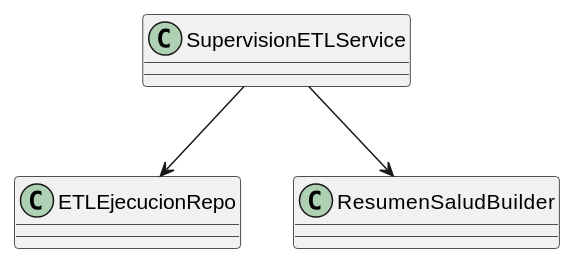
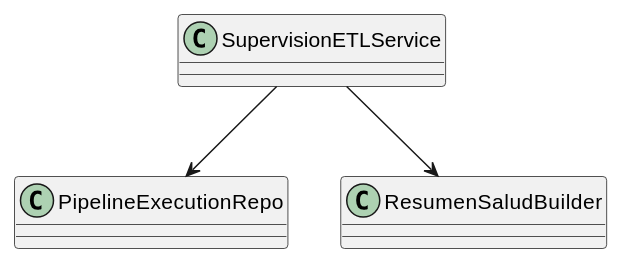
The diagram in source/requisitos/casos-uso/pipeline/uc-pip-01/diagramas-uml/clases.rst (jcg-admin/IACT-docs), drawn with PlantUML before and after one commit. The commit also changed 96 other files, not shown here.

```diff
--- a/source/requisitos/casos-uso/pipeline/uc-pip-01/diagramas-uml/clases.rst
+++ b/source/requisitos/casos-uso/pipeline/uc-pip-01/diagramas-uml/clases.rst
@@ -4,9 +4,9 @@
 .. uml::
 
  @startuml
  class SupervisionETLService
- class ETLEjecucionRepo
+ class PipelineExecutionRepo
  class ResumenSaludBuilder
- SupervisionETLService --> ETLEjecucionRepo
+ SupervisionETLService --> PipelineExecutionRepo
  SupervisionETLService --> ResumenSaludBuilder
  @enduml
```
